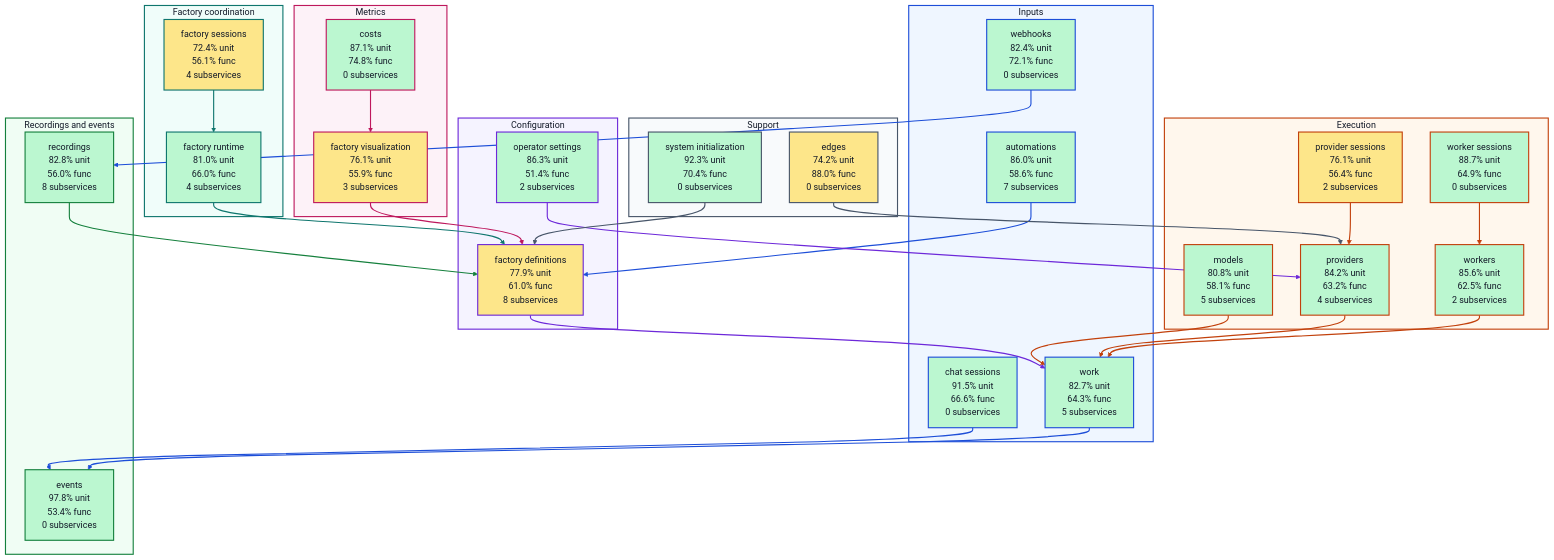
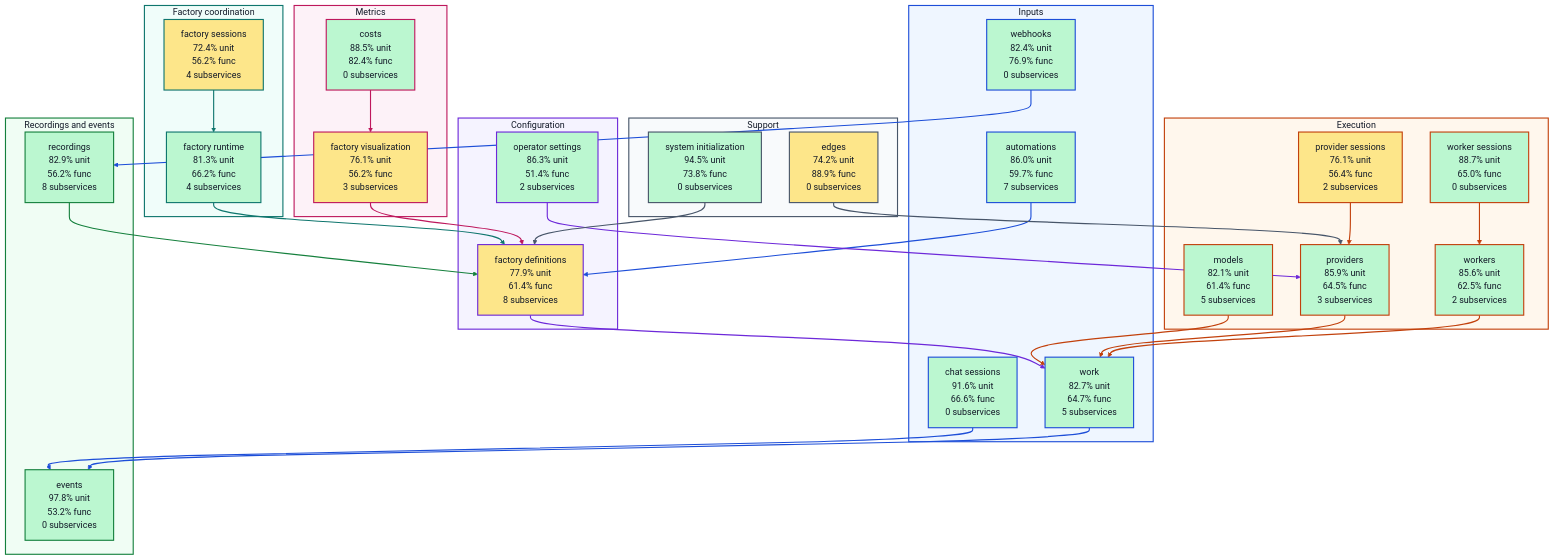
The diagram in docs/architecture/visualizations/high-level-test-coverage.md (portpowered/you-agent-factory), drawn with Mermaid before and after one commit. The commit also changed other lines of this file and 20 other files, not shown here.

Commit message:
docs: refresh backend architecture visualizations

````diff
--- a/docs/architecture/visualizations/high-level-test-coverage.md
+++ b/docs/architecture/visualizations/high-level-test-coverage.md
@@ -11,37 +11,37 @@
 ```mermaid
 flowchart TB
   subgraph input["Inputs"]
-    s_services_automations["automations<br/>86.0% unit<br/>58.6% func<br/>7 subservices"]
-    s_services_chat_sessions["chat sessions<br/>91.5% unit<br/>66.6% func<br/>0 subservices"]
-    s_services_webhooks["webhooks<br/>82.4% unit<br/>72.1% func<br/>0 subservices"]
-    s_services_work["work<br/>82.7% unit<br/>64.3% func<br/>5 subservices"]
+    s_services_automations["automations<br/>86.0% unit<br/>59.7% func<br/>7 subservices"]
+    s_services_chat_sessions["chat sessions<br/>91.6% unit<br/>66.6% func<br/>0 subservices"]
+    s_services_webhooks["webhooks<br/>82.4% unit<br/>76.9% func<br/>0 subservices"]
+    s_services_work["work<br/>82.7% unit<br/>64.7% func<br/>5 subservices"]
   end
   subgraph configuration["Configuration"]
-    s_services_factory_definitions["factory definitions<br/>77.9% unit<br/>61.0% func<br/>8 subservices"]
+    s_services_factory_definitions["factory definitions<br/>77.9% unit<br/>61.4% func<br/>8 subservices"]
     s_services_operator_settings["operator settings<br/>86.3% unit<br/>51.4% func<br/>2 subservices"]
   end
   subgraph coordination["Factory coordination"]
-    s_services_factory_runtime["factory runtime<br/>81.0% unit<br/>66.0% func<br/>4 subservices"]
-    s_services_factory_sessions["factory sessions<br/>72.4% unit<br/>56.1% func<br/>4 subservices"]
+    s_services_factory_runtime["factory runtime<br/>81.3% unit<br/>66.2% func<br/>4 subservices"]
+    s_services_factory_sessions["factory sessions<br/>72.4% unit<br/>56.2% func<br/>4 subservices"]
   end
   subgraph execution["Execution"]
-    s_services_models["models<br/>80.8% unit<br/>58.1% func<br/>5 subservices"]
+    s_services_models["models<br/>82.1% unit<br/>61.4% func<br/>5 subservices"]
     s_services_provider_sessions["provider sessions<br/>76.1% unit<br/>56.4% func<br/>2 subservices"]
-    s_services_providers["providers<br/>84.2% unit<br/>63.2% func<br/>4 subservices"]
-    s_services_worker_sessions["worker sessions<br/>88.7% unit<br/>64.9% func<br/>0 subservices"]
+    s_services_providers["providers<br/>85.9% unit<br/>64.5% func<br/>3 subservices"]
+    s_services_worker_sessions["worker sessions<br/>88.7% unit<br/>65.0% func<br/>0 subservices"]
     s_services_workers["workers<br/>85.6% unit<br/>62.5% func<br/>2 subservices"]
   end
   subgraph recordings["Recordings and events"]
-    s_services_events["events<br/>97.8% unit<br/>53.4% func<br/>0 subservices"]
-    s_services_recordings["recordings<br/>82.8% unit<br/>56.0% func<br/>8 subservices"]
+    s_services_events["events<br/>97.8% unit<br/>53.2% func<br/>0 subservices"]
+    s_services_recordings["recordings<br/>82.9% unit<br/>56.2% func<br/>8 subservices"]
   end
   subgraph metrics["Metrics"]
-    s_services_costs["costs<br/>87.1% unit<br/>74.8% func<br/>0 subservices"]
-    s_services_factory_visualization["factory visualization<br/>76.1% unit<br/>55.9% func<br/>3 subservices"]
+    s_services_costs["costs<br/>88.5% unit<br/>82.4% func<br/>0 subservices"]
+    s_services_factory_visualization["factory visualization<br/>76.1% unit<br/>56.2% func<br/>3 subservices"]
   end
   subgraph support["Support"]
-    s_services_edges["edges<br/>74.2% unit<br/>88.0% func<br/>0 subservices"]
-    s_services_system_initialization["system initialization<br/>92.3% unit<br/>70.4% func<br/>0 subservices"]
+    s_services_edges["edges<br/>74.2% unit<br/>88.9% func<br/>0 subservices"]
+    s_services_system_initialization["system initialization<br/>94.5% unit<br/>73.8% func<br/>0 subservices"]
   end
   s_services_automations --> s_services_factory_definitions
   s_services_chat_sessions --> s_services_events
````
